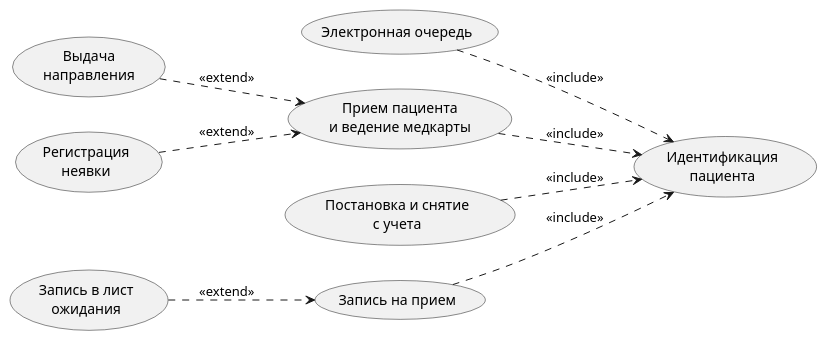
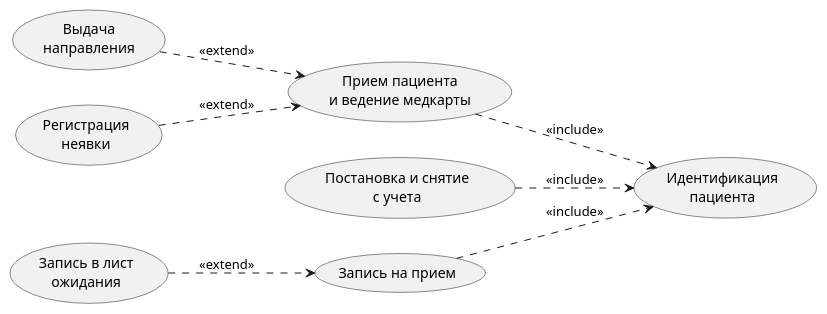
The second of 2 diagrams in Прецеденты/Диаграмма прецедентов.md (penamarth/bsbo-11-24_team3_var3_clinic), drawn with PlantUML before and after one commit. The commit also changed other lines of this file and 2 other files, not shown here.

Commit message:
очередь без отметки о приходе, PNG диаграмм Видения и прецедентов в img/

````diff
--- a/Прецеденты/Диаграмма прецедентов.md
+++ b/Прецеденты/Диаграмма прецедентов.md
@@ -75,18 +75,17 @@
 ```plantuml
 @startuml usecase-relations
 skinparam packageStyle rect
 left to right direction
 
 (Запись на прием) ..> (Идентификация\nпациента) : <<include>>
 (Запись в лист\nожидания) ..> (Запись на прием) : <<extend>>
 
-(Электронная очередь) ..> (Идентификация\nпациента) : <<include>>
 
 (Выдача\nнаправления) ..> (Прием пациента\nи ведение медкарты) : <<extend>>
 (Регистрация\nнеявки) ..> (Прием пациента\nи ведение медкарты) : <<extend>>
 (Прием пациента\nи ведение медкарты) ..> (Идентификация\nпациента) : <<include>>
 
 (Постановка и снятие\nс учета) ..> (Идентификация\nпациента) : <<include>>
 
 @enduml
 ```
````
